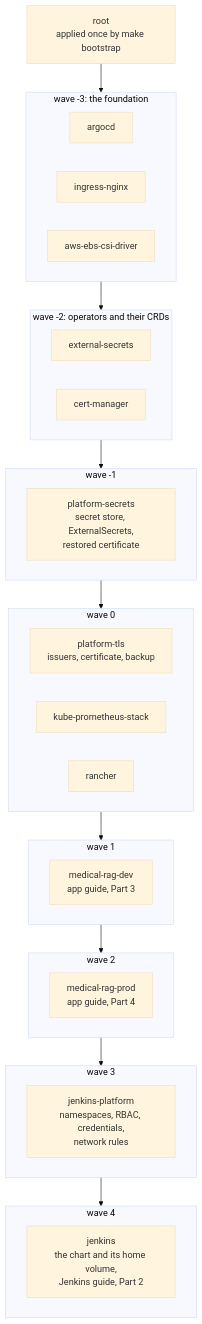
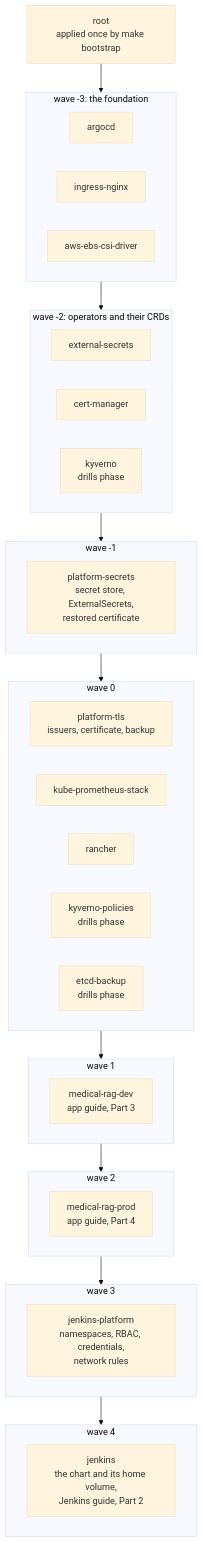
One commit to biabeogo147/Medical-RAG-Chatbot changed the third of 8 diagrams in docs/gitops/README.md. Above: the diagram before and after it, drawn with Mermaid (base theme). The commit also changed other lines of this file and 9 other files, not shown here.

First line of the commit message:
Stage docs: catch up with the drills phase

````diff
--- a/docs/gitops/README.md
+++ b/docs/gitops/README.md
@@ -106,36 +106,39 @@
 ```mermaid
 flowchart TB
     ROOT["root<br/>applied once by make bootstrap"]
 
     subgraph W3["wave -3: the foundation"]
         ARGO["argocd"]
         ING["ingress-nginx"]
         EBS["aws-ebs-csi-driver"]
     end
     subgraph W2["wave -2: operators and their CRDs"]
         ESO["external-secrets"]
         CM["cert-manager"]
+        KYV["kyverno<br/>drills phase"]
     end
     subgraph W1["wave -1"]
         PS["platform-secrets<br/>secret store, ExternalSecrets,<br/>restored certificate"]
     end
     subgraph W0["wave 0"]
         TLS["platform-tls<br/>issuers, certificate, backup"]
         MON["kube-prometheus-stack"]
         RAN["rancher"]
+        KP["kyverno-policies<br/>drills phase"]
+        EB["etcd-backup<br/>drills phase"]
     end
     subgraph WAPP1["wave 1"]
         DEVAPP["medical-rag-dev<br/>app guide, Part 3"]
     end
     subgraph WAPP2["wave 2"]
         PRODAPP["medical-rag-prod<br/>app guide, Part 4"]
     end
     subgraph WJP["wave 3"]
         JPLAT["jenkins-platform<br/>namespaces, RBAC, credentials,<br/>network rules"]
     end
     subgraph WJ["wave 4"]
         JEN["jenkins<br/>the chart and its home volume,<br/>Jenkins guide, Part 2"]
     end
 
     ROOT --> W3 --> W2 --> W1 --> W0 --> WAPP1 --> WAPP2 --> WJP --> WJ
 ```
````
